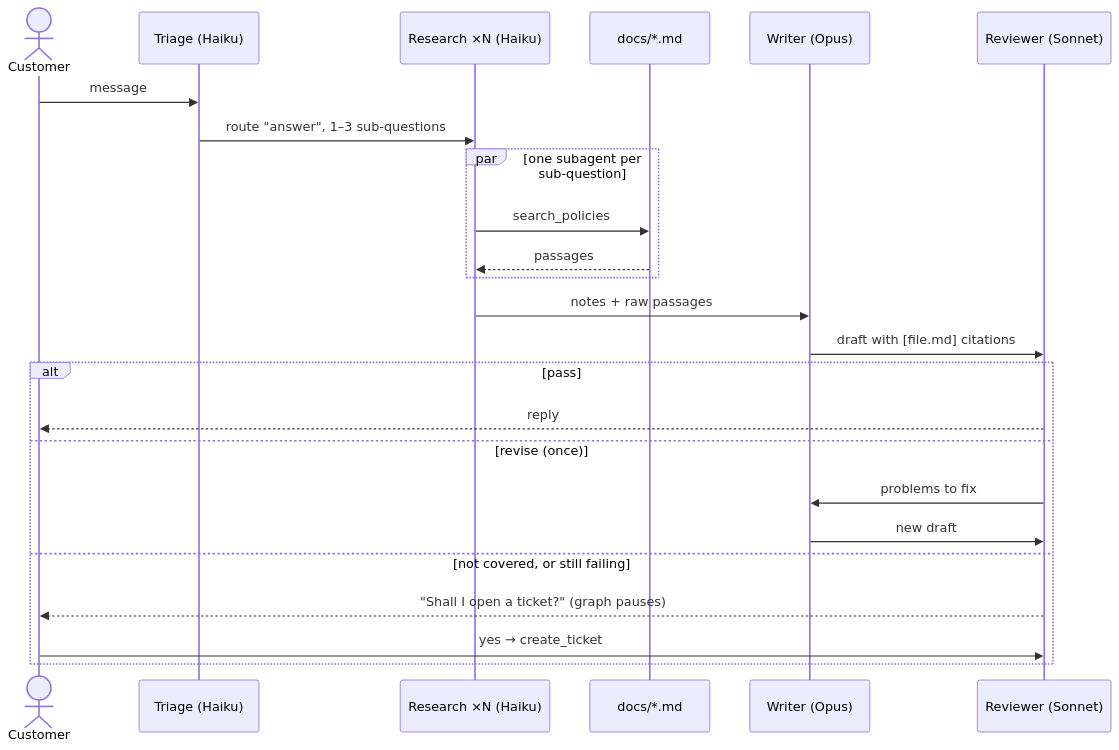
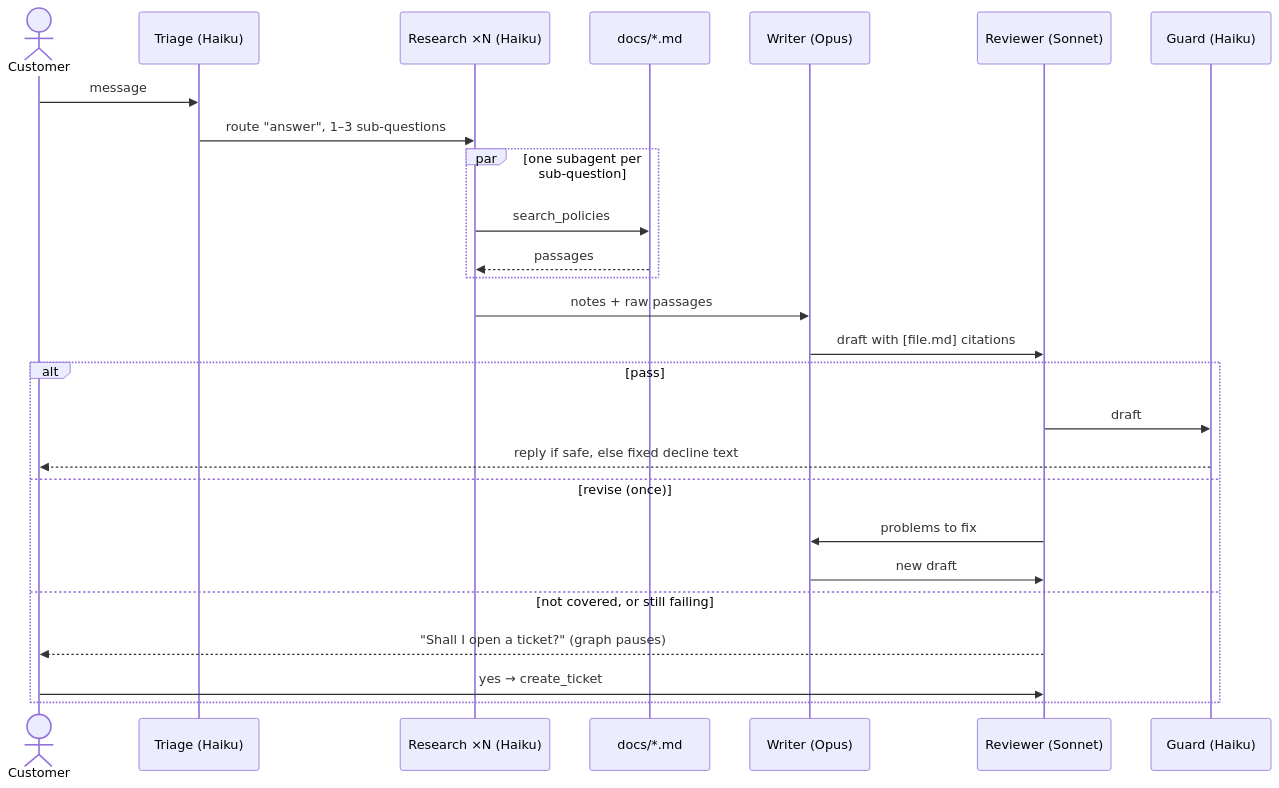
One commit to manshoor/langchain-claude changed the second of 2 diagrams in README.md. Above: the diagram before and after it, drawn with Mermaid. The commit also changed other lines of this file and 1 other file, not shown here.

````diff
--- a/README.md
+++ b/README.md
@@ -121,27 +127,29 @@
 ```mermaid
 sequenceDiagram
     actor C as Customer
     participant T as Triage (Haiku)
     participant R as Research ×N (Haiku)
     participant D as docs/*.md
     participant W as Writer (Opus)
     participant V as Reviewer (Sonnet)
+    participant G as Guard (Haiku)
 
     C->>T: message
     T->>R: route "answer", 1–3 sub-questions
     par one subagent per sub-question
         R->>D: search_policies
         D-->>R: passages
     end
     R->>W: notes + raw passages
     W->>V: draft with [file.md] citations
     alt pass
-        V-->>C: reply
+        V->>G: draft
+        G-->>C: reply if safe, else fixed decline text
     else revise (once)
         V->>W: problems to fix
         W->>V: new draft
     else not covered, or still failing
         V-->>C: "Shall I open a ticket?" (graph pauses)
         C->>V: yes → create_ticket
     end
 ```
````
